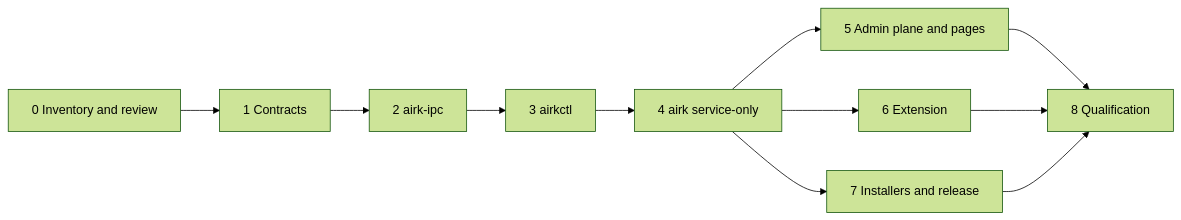
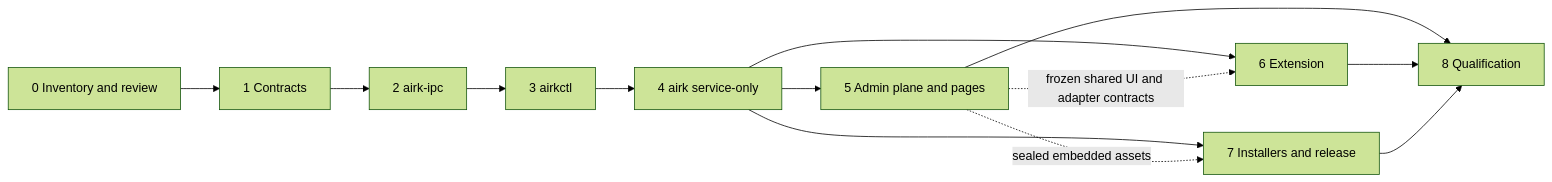
Before and after one commit to iokaio/airk: the second of 2 diagrams in docs/split/split-plan.md, drawn with Mermaid (forest theme). The commit also changed other lines of this file, not shown here.

```diff
--- a/docs/split/split-plan.md
+++ b/docs/split/split-plan.md
@@ -844,13 +1251,15 @@
 ~~~mermaid
 flowchart LR
     P0[0 Inventory and review] --> P1[1 Contracts]
     P1 --> P2[2 airk-ipc]
     P2 --> P3[3 airkctl]
     P3 --> P4[4 airk service-only]
     P4 --> P5[5 Admin plane and pages]
     P4 --> P6[6 Extension]
     P4 --> P7[7 Installers and release]
+    P5 -. frozen shared UI and adapter contracts .-> P6
+    P5 -. sealed embedded assets .-> P7
     P5 --> P8[8 Qualification]
     P6 --> P8
     P7 --> P8
 ~~~
```
